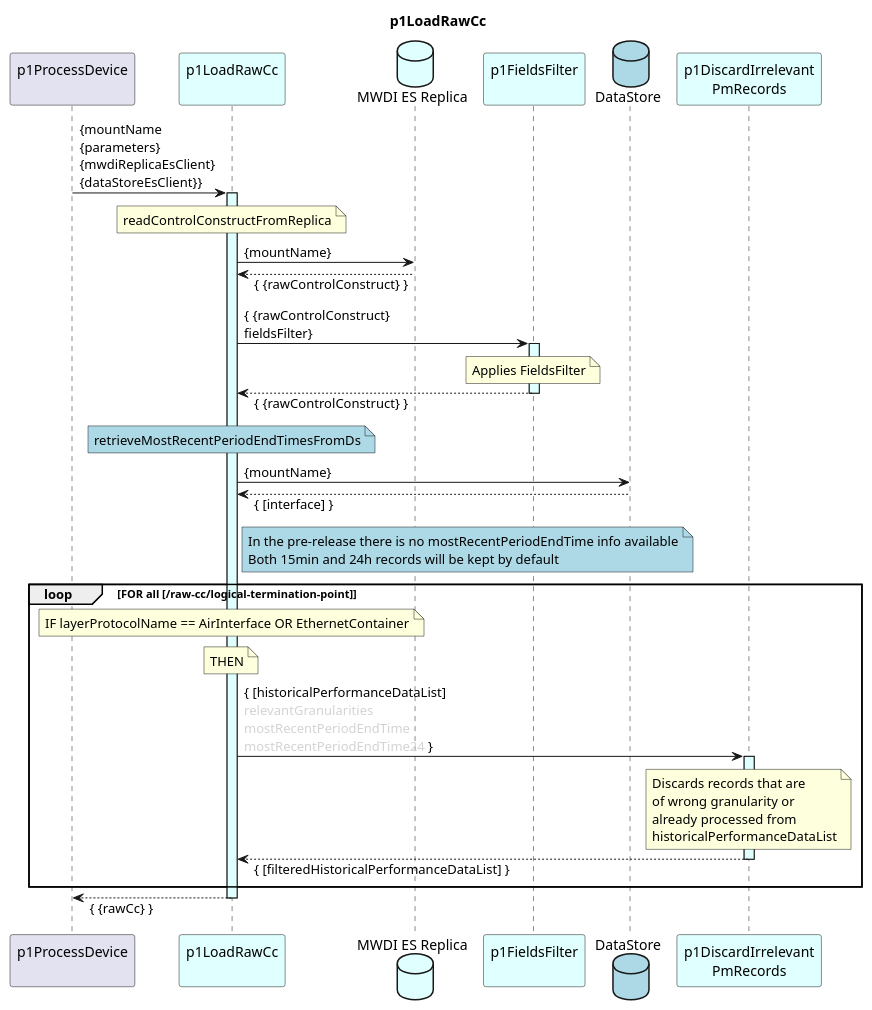
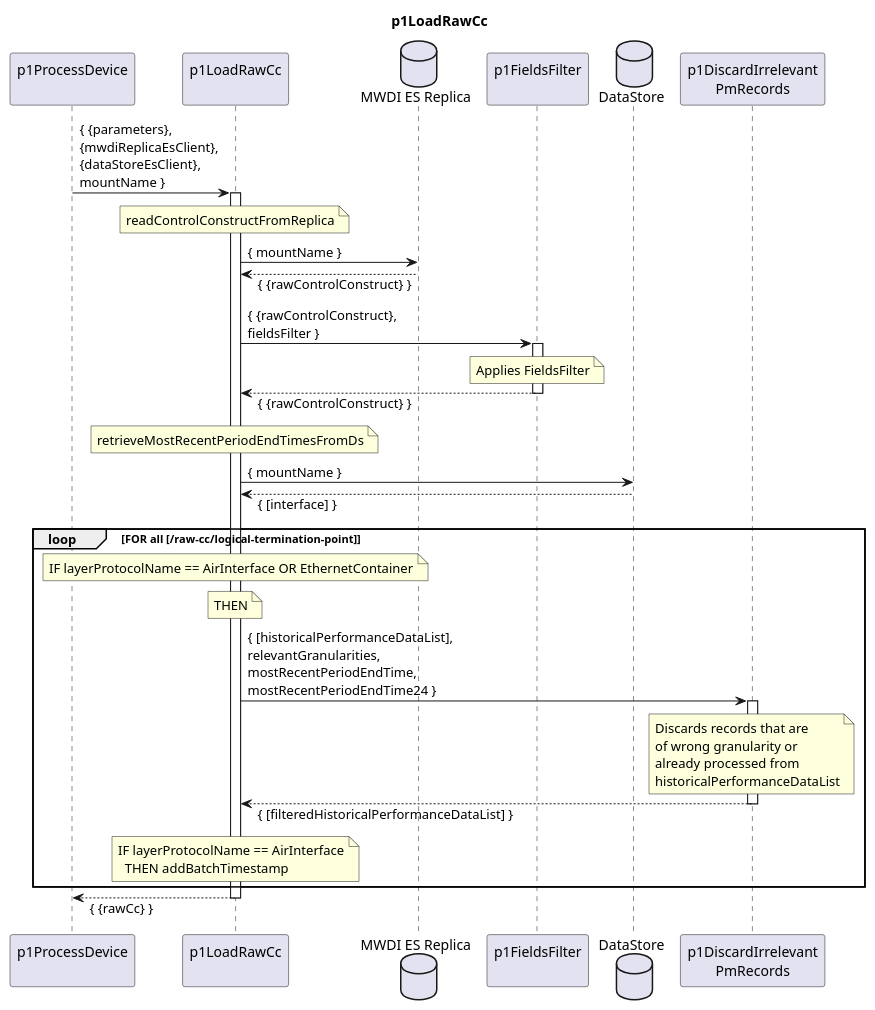
Before and after one commit to openBackhaul/DevicePerformanceManagementDataProcessor: the diagram in spec/Functions/p1StreamPmData/p1ProcessDevice/p1LoadRawCc/1.0.0/p1LoadRawCc.plantuml, drawn with PlantUML. The commit also changed 19 other files, not shown here.

Commit message:
Down version p1LoadRawCc

```diff
--- a/spec/Functions/p1StreamPmData/p1ProcessDevice/p1LoadRawCc/1.0.0/p1LoadRawCc.plantuml
+++ b/spec/Functions/p1StreamPmData/p1ProcessDevice/p1LoadRawCc/1.0.0/p1LoadRawCc.plantuml
@@ -1,69 +1,69 @@
 @startuml p1LoadRawCc
 skinparam responseMessageBelowArrow true
 
 title
   p1LoadRawCc
 end title
 
 participant "p1ProcessDevice\n" as requestor
-participant "p1LoadRawCc\n" as cur #LightCyan
-database "MWDI ES Replica" as MwdiEs #LightCyan
-participant "p1FieldsFilter\n" as fieldsFilter #LightCyan
-database "DataStore" as datastore #LightBlue
-participant "p1DiscardIrrelevant\nPmRecords" as filterPm #LightCyan
+participant "p1LoadRawCc\n" as cur
+database "MWDI ES Replica" as MwdiEs
+participant "p1FieldsFilter\n" as fieldsFilter
+database "DataStore" as datastore
+participant "p1DiscardIrrelevant\nPmRecords" as filterPm
 
-requestor -> cur: {mountName\n{parameters}\n{mwdiReplicaEsClient}\n{dataStoreEsClient}}
-activate cur #LightCyan
+requestor -> cur: { {parameters},\n{mwdiReplicaEsClient},\n{dataStoreEsClient},\nmountName }
+activate cur
 
   note over cur
     readControlConstructFromReplica
   end note
-  cur -> MwdiEs: {mountName}
+  cur -> MwdiEs: { mountName }
   cur <-- MwdiEs: { {rawControlConstruct} }
 
-  cur -> fieldsFilter: { {rawControlConstruct}\nfieldsFilter}
-  activate fieldsFilter #LightCyan
+  cur -> fieldsFilter: { {rawControlConstruct},\nfieldsFilter }
+  activate fieldsFilter
     note over fieldsFilter
       Applies FieldsFilter
     end note
   cur <-- fieldsFilter: { {rawControlConstruct} }
-  deactivate fieldsFilter #LightCyan
+  deactivate fieldsFilter
 
-  note over cur #LightBlue
+  note over cur
     retrieveMostRecentPeriodEndTimesFromDs
   end note
-  cur -> datastore: {mountName}
+  cur -> datastore: { mountName }
   cur <-- datastore: { [interface] }
-
-    note right cur #LightBlue
-      In the pre-release there is no mostRecentPeriodEndTime info available
-      Both 15min and 24h records will be kept by default
-    end note
 
   loop FOR all [/raw-cc/logical-termination-point]
 
     note over cur
       IF layerProtocolName == AirInterface OR EthernetContainer
     end note
 
     note over cur
       THEN
     end note
 
-    cur -> filterPm: { [historicalPerformanceDataList]\n<color:LightGray>relevantGranularities\n<color:LightGray>mostRecentPeriodEndTime\n<color:LightGray>mostRecentPeriodEndTime24</color> }
-    activate filterPm #LightCyan
+    cur -> filterPm: { [historicalPerformanceDataList],\nrelevantGranularities,\nmostRecentPeriodEndTime,\nmostRecentPeriodEndTime24 }
+    activate filterPm
     note over filterPm
       Discards records that are
       of wrong granularity or
       already processed from
       historicalPerformanceDataList
     end note
     cur <-- filterPm: { [filteredHistoricalPerformanceDataList] }
     deactivate filterPm
 
-  end group
+    note over cur
+      IF layerProtocolName == AirInterface
+        THEN addBatchTimestamp
+    end note
+
+  end loop
 
 requestor <-- cur: { {rawCc} }
 deactivate cur
 
 @enduml
```
